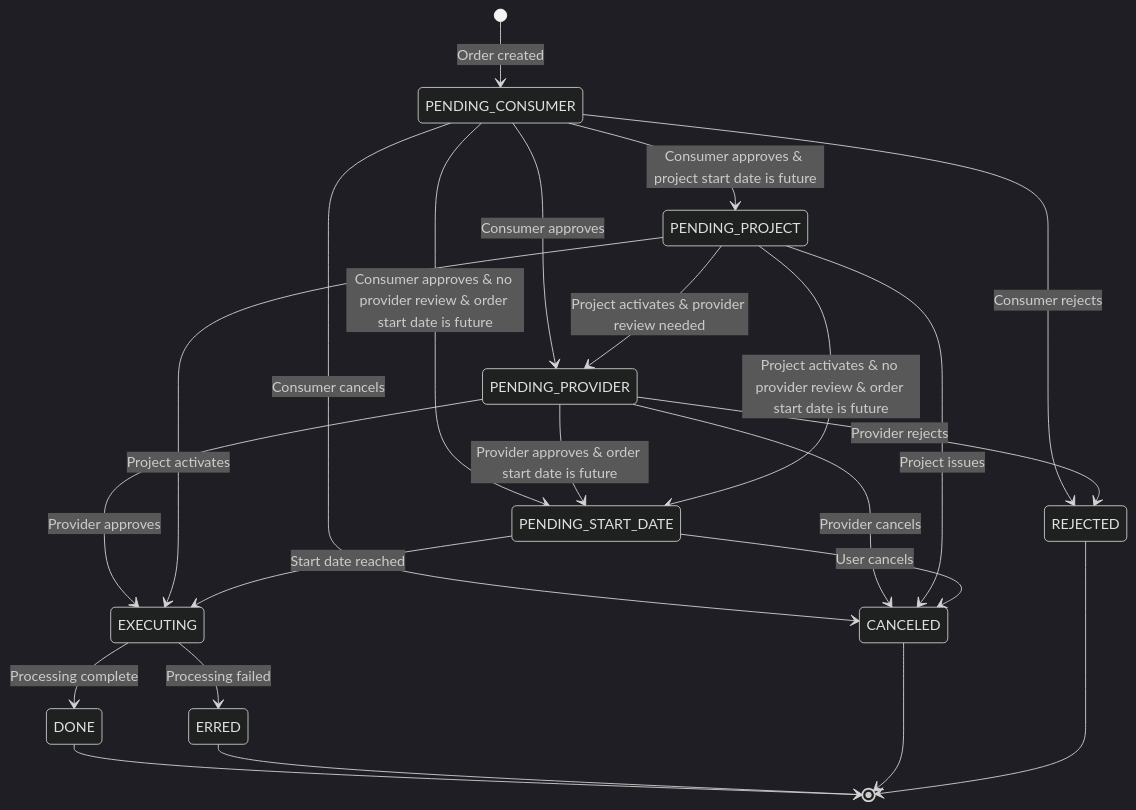
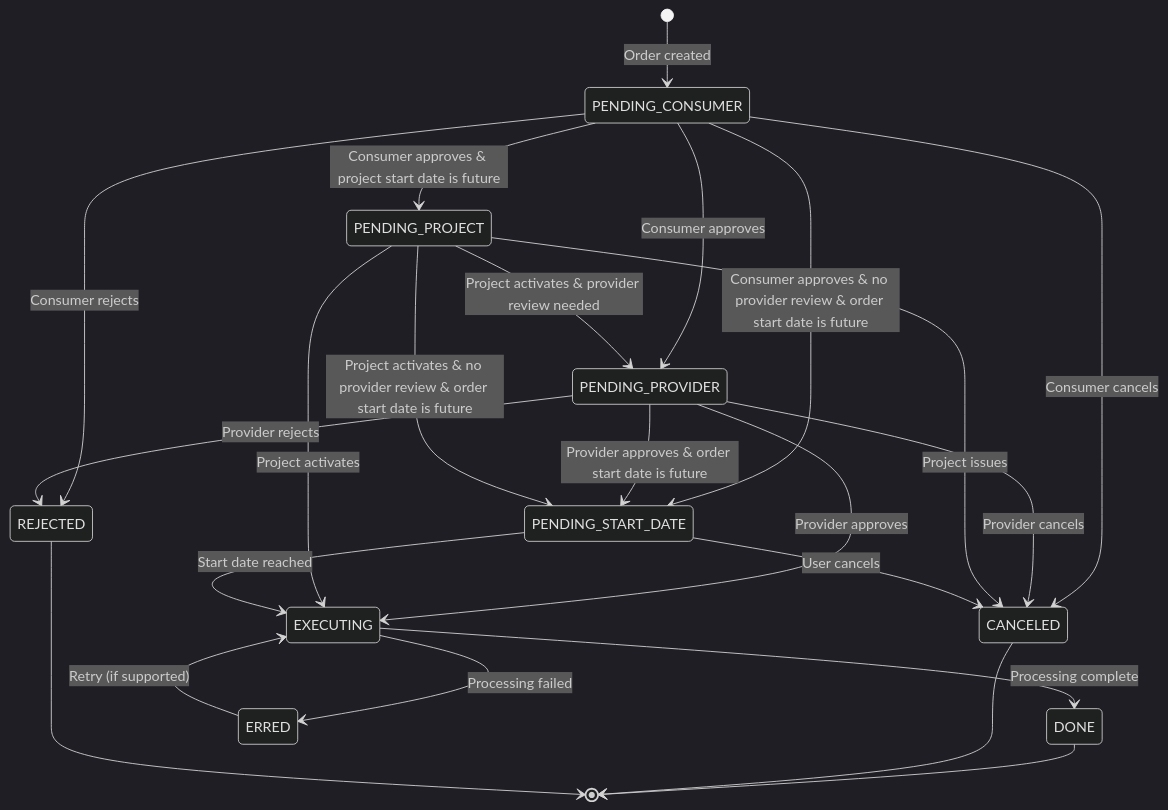
One commit to waldur/waldur-docs changed the second of 7 diagrams in docs/developer-guide/core-concepts/marketplace.md. Above: the diagram before and after it, drawn with Mermaid (dark theme). The commit also changed other lines of this file and 24 other files, not shown here.

````diff
--- a/docs/developer-guide/core-concepts/marketplace.md
+++ b/docs/developer-guide/core-concepts/marketplace.md
@@ -64,31 +64,32 @@
 ```mermaid
 stateDiagram-v2
     [*] --> PENDING_CONSUMER : Order created
 
     PENDING_CONSUMER --> PENDING_PROVIDER : Consumer approves
     PENDING_CONSUMER --> PENDING_PROJECT : Consumer approves & project start date is future
     PENDING_CONSUMER --> PENDING_START_DATE : Consumer approves & no provider review & order start date is future
     PENDING_CONSUMER --> CANCELED : Consumer cancels
     PENDING_CONSUMER --> REJECTED : Consumer rejects
 
     PENDING_PROVIDER --> PENDING_START_DATE : Provider approves & order start date is future
     PENDING_PROVIDER --> EXECUTING : Provider approves
     PENDING_PROVIDER --> CANCELED : Provider cancels
     PENDING_PROVIDER --> REJECTED : Provider rejects
 
     PENDING_PROJECT --> PENDING_PROVIDER: Project activates & provider review needed
     PENDING_PROJECT --> PENDING_START_DATE: Project activates & no provider review & order start date is future
     PENDING_PROJECT --> EXECUTING: Project activates
     PENDING_PROJECT --> CANCELED : Project issues
 
     PENDING_START_DATE --> EXECUTING : Start date reached
     PENDING_START_DATE --> CANCELED : User cancels
 
     EXECUTING --> DONE : Processing complete
     EXECUTING --> ERRED : Processing failed
 
+    ERRED --> EXECUTING : Retry (if supported)
+
     DONE --> [*]
-    ERRED --> [*]
     CANCELED --> [*]
     REJECTED --> [*]
 ```
````
